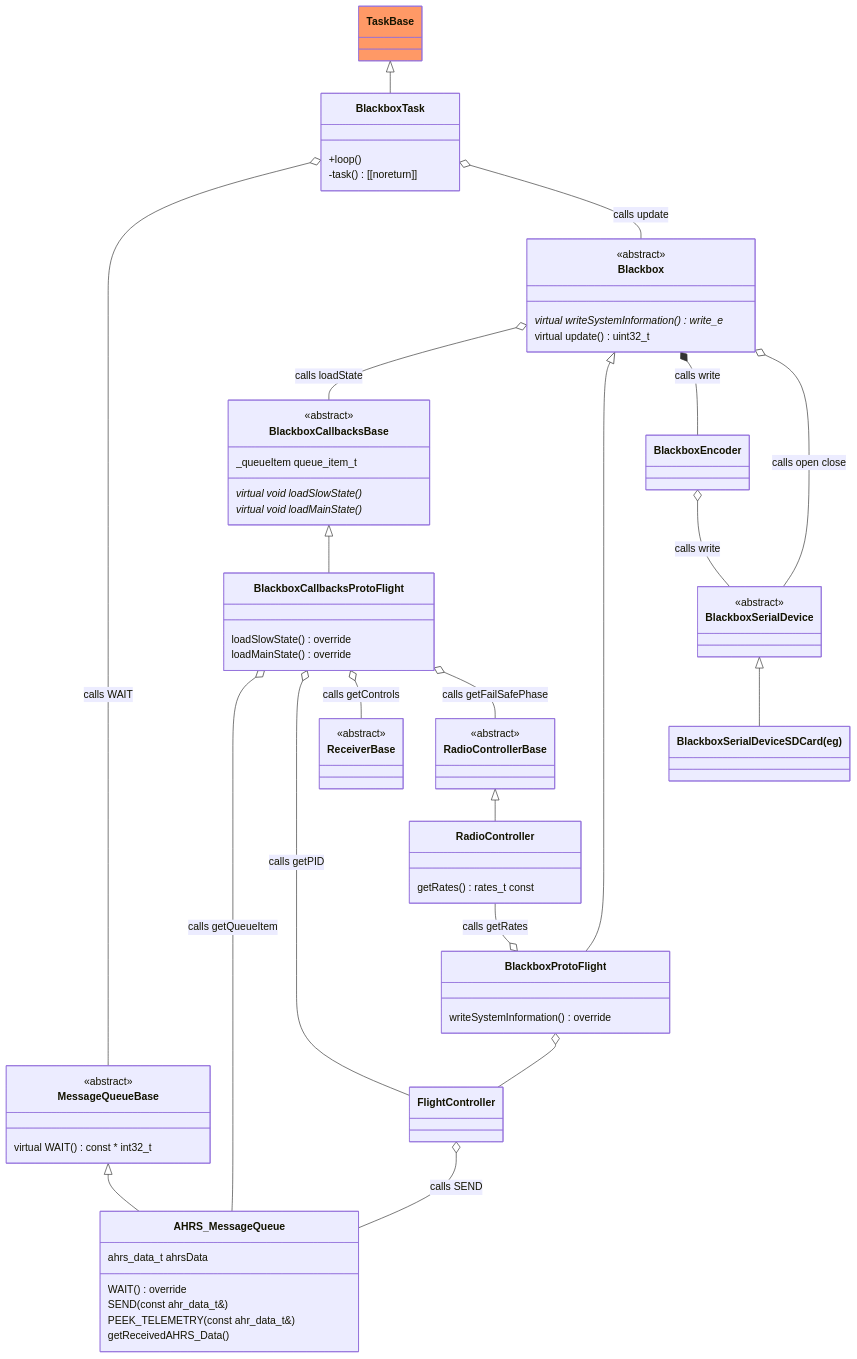
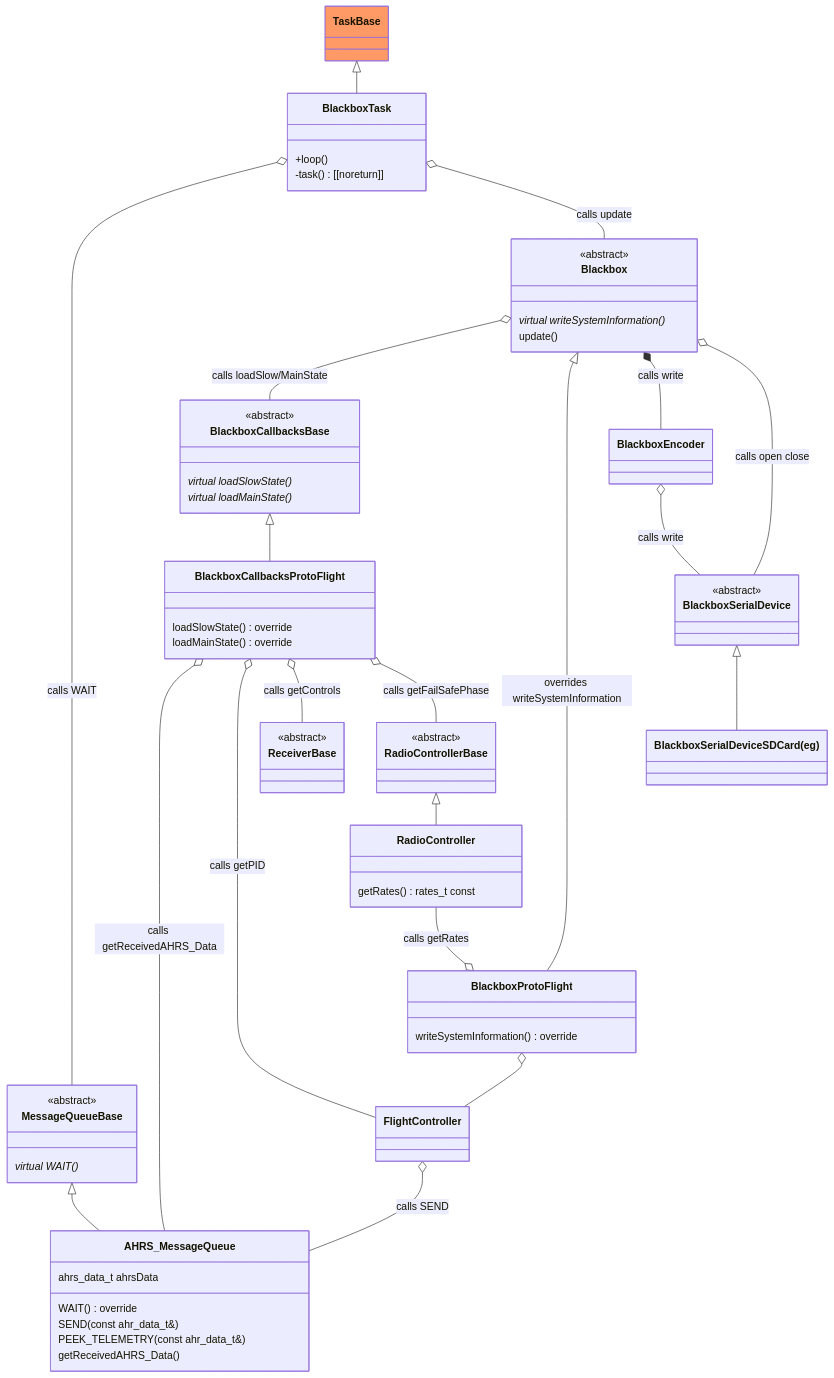
The third of 5 diagrams in README.md (martinbudden/Protoflight), drawn with Mermaid before and after one commit.

```diff
--- a/README.md
+++ b/README.md
@@ -656,14 +656,14 @@
     BlackboxTask o-- Blackbox : calls update
     class Blackbox {
         <<abstract>>
-        virtual writeSystemInformation() write_e *
-        virtual update() uint32_t
+        virtual writeSystemInformation() *
+        update()
     }
     link Blackbox "https://github.com/martinbudden/Library-Blackbox/blob/main/src/Blackbox.h"
 
     class MessageQueueBase {
         <<abstract>>
-        virtual WAIT() const * int32_t
+        virtual WAIT() *
     }
     link MessageQueueBase "https://github.com/martinbudden/Library-TaskBase/blob/main/src/MessageQueueBase.h"
     class AHRS_MessageQueue {
@@ -683,6 +683,7 @@
         getRates() rates_t  const
     }
     link RadioController "https://github.com/martinbudden/protoflight/blob/main/lib/Helm/src/RadioController.h"
+
     %%Blackbox <|-- BlackboxProtoFlight
     class BlackboxProtoFlight {
         writeSystemInformation() override
@@ -691,9 +692,8 @@
 
     class BlackboxCallbacksBase {
         <<abstract>>
-        _queueItem queue_item_t
-        virtual void loadSlowState() *
-        virtual void loadMainState() *
+        virtual loadSlowState() *
+        virtual loadMainState() *
     }
     link BlackboxCallbacksBase "https://github.com/martinbudden/Library-Blackbox/blob/main/src/BlackboxCallbacksBase.h"
     class BlackboxCallbacksProtoFlight {
@@ -706,8 +706,8 @@
     }
     link ReceiverBase "https://github.com/martinbudden/Library-Receiver/blob/main/src/ReceiverBase.h"
 
-    Blackbox o-- BlackboxCallbacksBase : calls loadState
-    Blackbox <|-- BlackboxProtoFlight
+    Blackbox o-- BlackboxCallbacksBase : calls loadSlow/MainState
+    Blackbox <|-- BlackboxProtoFlight : overrides writeSystemInformation
     Blackbox *-- BlackboxEncoder : calls write
     Blackbox o-- BlackboxSerialDevice : calls open close
     %%BlackboxEncoder --* Blackbox : calls write
@@ -715,8 +715,11 @@
     BlackboxEncoder o-- BlackboxSerialDevice : calls write
 
 
+    class FlightController {
+    }
+    link FlightController "https://github.com/martinbudden/protoflight/blob/main/lib/FlightController/src/FlightController.h"
     FlightController o-- AHRS_MessageQueue : calls SEND
-    BlackboxCallbacksProtoFlight o-- AHRS_MessageQueue : calls getQueueItem
+    BlackboxCallbacksProtoFlight o-- AHRS_MessageQueue : calls getReceivedAHRS_Data
     MessageQueueBase <|-- AHRS_MessageQueue
     BlackboxCallbacksProtoFlight o-- FlightController : calls getPID
     BlackboxCallbacksProtoFlight o-- ReceiverBase : calls getControls
```
